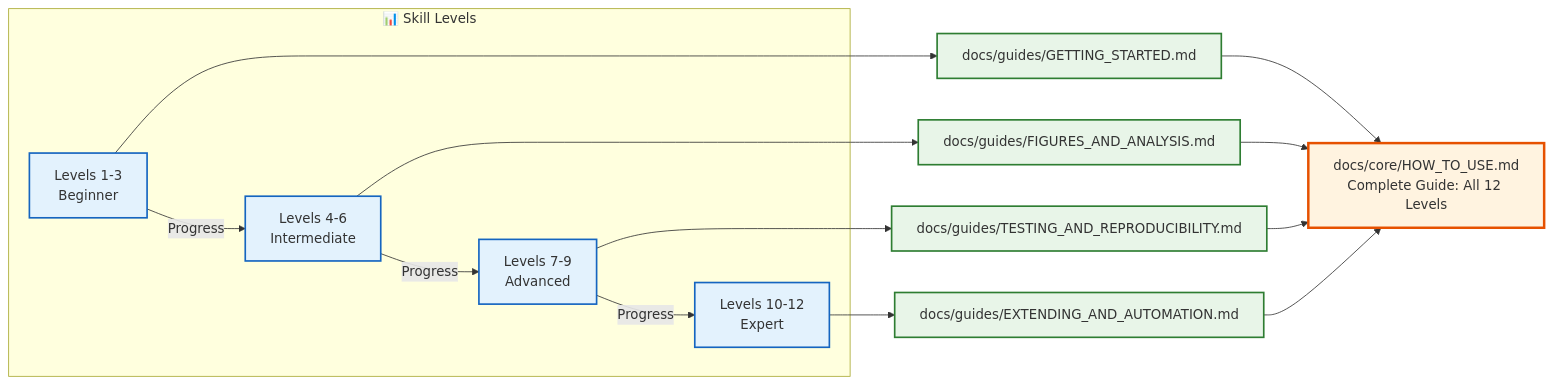
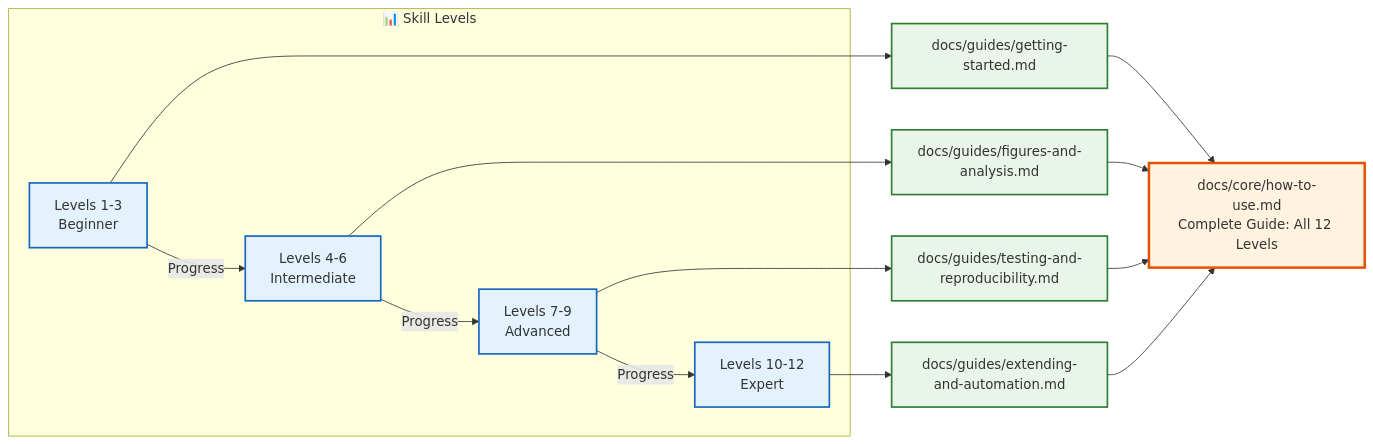
One commit to docxology/template changed the fifth of 14 diagrams in README.md. Above: the diagram before and after it, drawn with Mermaid. The commit also changed other lines of this file and 899 other files, not shown here.

````diff
--- a/README.md
+++ b/README.md
@@ -407,31 +407,31 @@
 ```mermaid
 flowchart LR
     subgraph Levels["📊 Skill Levels"]
         L1[Levels 1-3\nBeginner]
         L2[Levels 4-6\nIntermediate]
         L3[Levels 7-9\nAdvanced]
         L4[Levels 10-12\nExpert]
     end
 
     L1 -->|Progress| L2
     L2 -->|Progress| L3
     L3 -->|Progress| L4
 
-    L1 --> DOC1[docs/guides/GETTING_STARTED.md]
-    L2 --> DOC2[docs/guides/FIGURES_AND_ANALYSIS.md]
-    L3 --> DOC3[docs/guides/TESTING_AND_REPRODUCIBILITY.md]
-    L4 --> DOC4[docs/guides/EXTENDING_AND_AUTOMATION.md]
+    L1 --> DOC1[docs/guides/getting-started.md]
+    L2 --> DOC2[docs/guides/figures-and-analysis.md]
+    L3 --> DOC3[docs/guides/testing-and-reproducibility.md]
+    L4 --> DOC4[docs/guides/extending-and-automation.md]
 
-    DOC1 --> MASTER[docs/core/HOW_TO_USE.md\nComplete Guide: All 12 Levels]
+    DOC1 --> MASTER[docs/core/how-to-use.md\nComplete Guide: All 12 Levels]
     DOC2 --> MASTER
     DOC3 --> MASTER
     DOC4 --> MASTER
 
     classDef level fill:#e3f2fd,stroke:#1565c0,stroke-width:2px
     classDef doc fill:#e8f5e8,stroke:#2e7d32,stroke-width:2px
     classDef master fill:#fff3e0,stroke:#e65100,stroke-width:3px
 
     class L1,L2,L3,L4 level
     class DOC1,DOC2,DOC3,DOC4 doc
     class MASTER master
 ```
````
